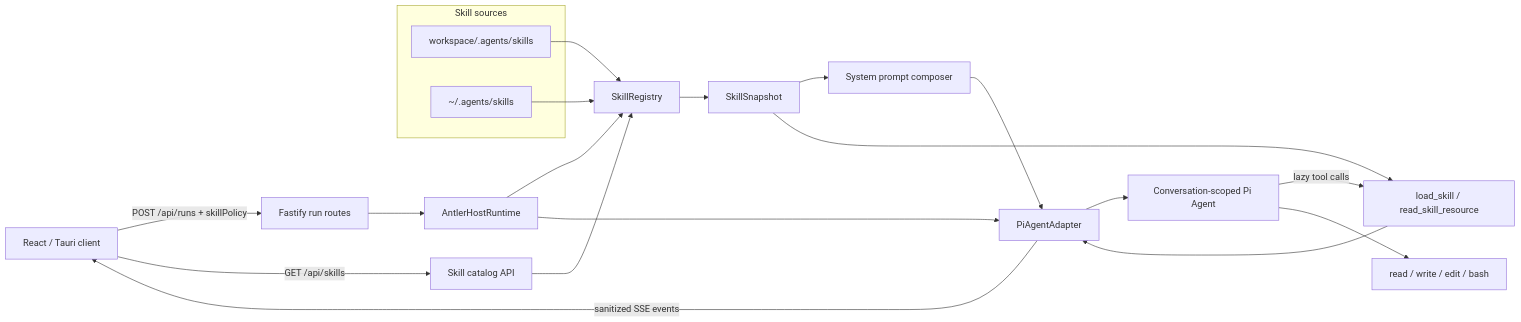
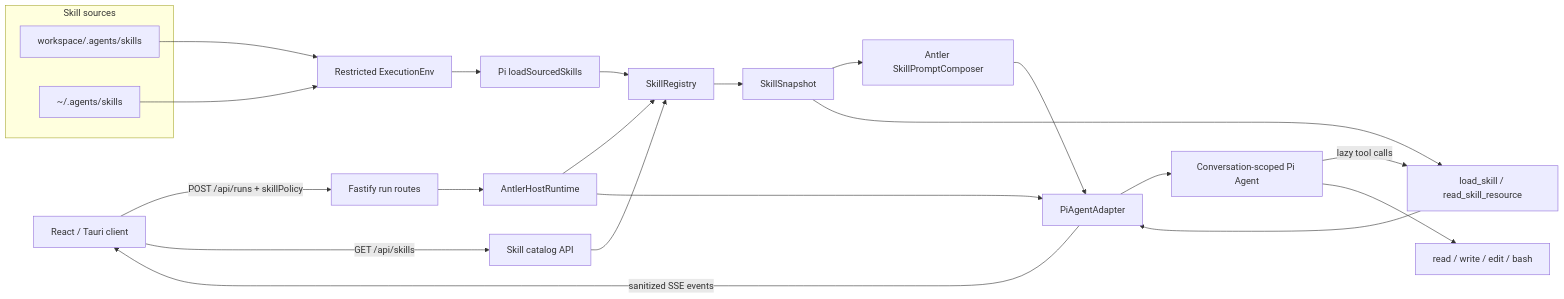
One commit to junqing258/antler changed the diagram in docs/diagrams/skill-backend-v1.mmd. Above: the diagram before and after it, drawn with Mermaid. The commit also changed 14 other files, not shown here.

```diff
--- a/docs/diagrams/skill-backend-v1.mmd
+++ b/docs/diagrams/skill-backend-v1.mmd
@@ -1,26 +1,28 @@
 flowchart LR
   Client["React / Tauri client"] -->|"POST /api/runs + skillPolicy"| Routes["Fastify run routes"]
   Client -->|"GET /api/skills"| SkillRoutes["Skill catalog API"]
 
   Routes --> Runtime["AntlerHostRuntime"]
   SkillRoutes --> Registry["SkillRegistry"]
   Runtime --> Registry
 
   subgraph Sources["Skill sources"]
     Workspace["workspace/.agents/skills"]
     User["~/.agents/skills"]
   end
 
-  Workspace --> Registry
-  User --> Registry
+  Workspace --> Env["Restricted ExecutionEnv"]
+  User --> Env
+  Env --> PiSkills["Pi loadSourcedSkills"]
+  PiSkills --> Registry
   Registry --> Snapshot["SkillSnapshot"]
-  Snapshot --> Prompt["System prompt composer"]
+  Snapshot --> Prompt["Antler SkillPromptComposer"]
   Snapshot --> SkillTools["load_skill / read_skill_resource"]
 
   Runtime --> Adapter["PiAgentAdapter"]
   Prompt --> Adapter
   SkillTools --> Adapter
   Adapter --> Agent["Conversation-scoped Pi Agent"]
   Agent -->|"lazy tool calls"| SkillTools
   Agent --> WorkspaceTools["read / write / edit / bash"]
   Adapter -->|"sanitized SSE events"| Client
```
